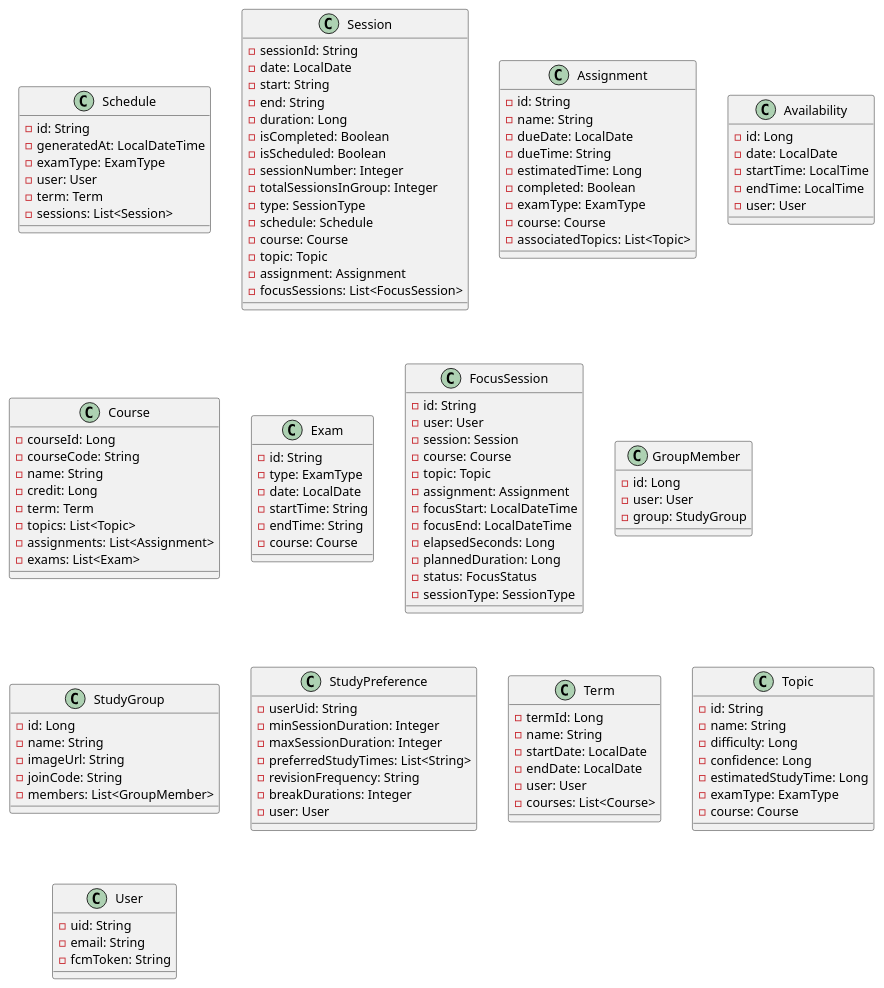
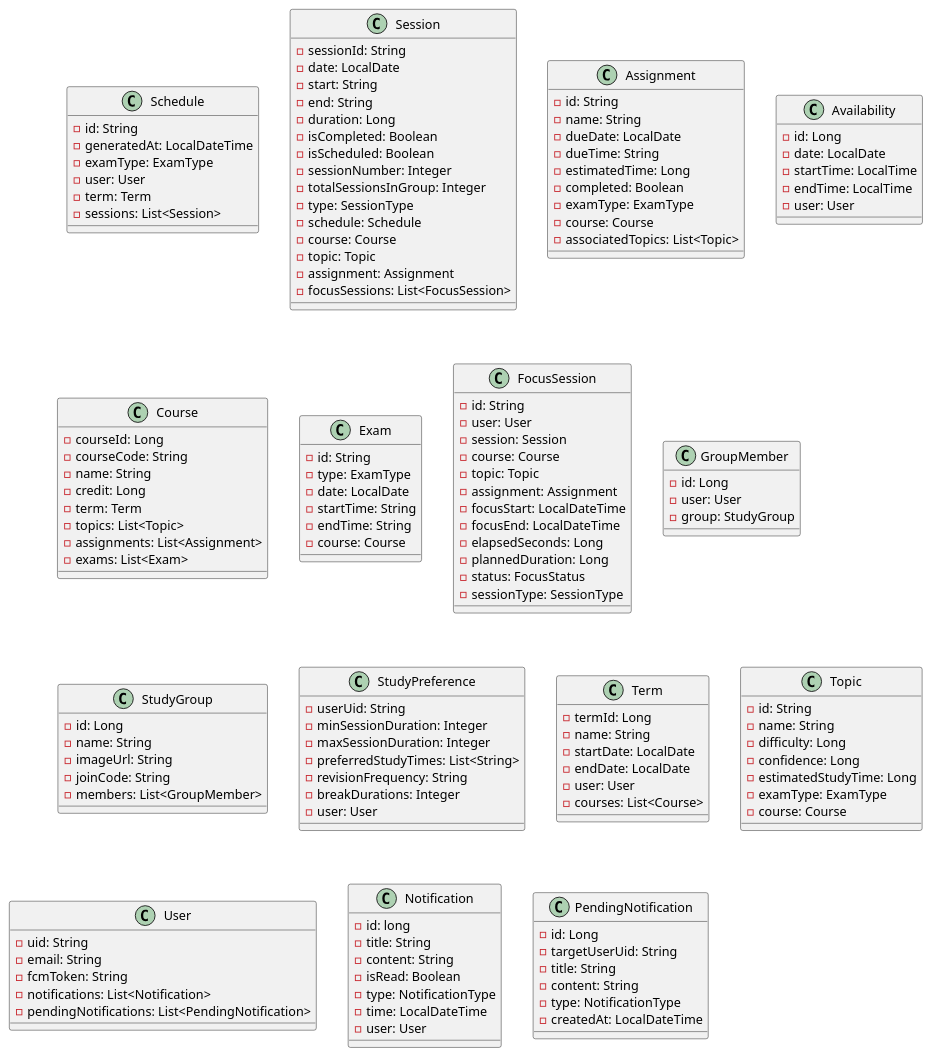
One commit to keerati5003/PlanMate-Diagram changed the diagram in entity.puml. Above: the diagram before and after it, drawn with PlantUML. The commit also changed 2 other files, not shown here.

```diff
--- a/entity.puml
+++ b/entity.puml
@@ -1,134 +1,155 @@
 @startuml
 
 class Schedule {
     - id: String
     - generatedAt: LocalDateTime
     - examType: ExamType
     - user: User
     - term: Term
     - sessions: List<Session>
 }
 
 class Session {
     - sessionId: String
     - date: LocalDate
     - start: String
     - end: String
     - duration: Long
     - isCompleted: Boolean
     - isScheduled: Boolean
     - sessionNumber: Integer
     - totalSessionsInGroup: Integer
     - type: SessionType
     - schedule: Schedule
     - course: Course
     - topic: Topic
     - assignment: Assignment
     - focusSessions: List<FocusSession>
 }
 
 class Assignment {
     - id: String
     - name: String
     - dueDate: LocalDate
     - dueTime: String
     - estimatedTime: Long
     - completed: Boolean
     - examType: ExamType
     - course: Course
     - associatedTopics: List<Topic>
 }
 
 class Availability {
     - id: Long
     - date: LocalDate
     - startTime: LocalTime
     - endTime: LocalTime
     - user: User
 }
 
 class Course {
     - courseId: Long
     - courseCode: String
     - name: String
     - credit: Long
     - term: Term
     - topics: List<Topic>
     - assignments: List<Assignment>
     - exams: List<Exam>
 }
 
 class Exam {
     - id: String
     - type: ExamType
     - date: LocalDate
     - startTime: String
     - endTime: String
     - course: Course
 }
 
 class FocusSession {
     - id: String
     - user: User
     - session: Session
     - course: Course
     - topic: Topic
     - assignment: Assignment
     - focusStart: LocalDateTime
     - focusEnd: LocalDateTime
     - elapsedSeconds: Long
     - plannedDuration: Long
     - status: FocusStatus
     - sessionType: SessionType
 }
 
 class GroupMember {
     - id: Long
     - user: User
     - group: StudyGroup
 }
 
 class StudyGroup {
     - id: Long
     - name: String
     - imageUrl: String
     - joinCode: String
     - members: List<GroupMember>
 }
 
 class StudyPreference {
     - userUid: String
     - minSessionDuration: Integer
     - maxSessionDuration: Integer
     - preferredStudyTimes: List<String>
     - revisionFrequency: String
     - breakDurations: Integer
     - user: User
 }
 
 class Term {
     - termId: Long
     - name: String
     - startDate: LocalDate
     - endDate: LocalDate
     - user: User
     - courses: List<Course>
 }
 
 class Topic {
     - id: String
     - name: String
     - difficulty: Long
     - confidence: Long
     - estimatedStudyTime: Long
     - examType: ExamType
     - course: Course
 }
 
 class User {
     - uid: String
     - email: String
     - fcmToken: String
+    - notifications: List<Notification>
+    - pendingNotifications: List<PendingNotification>
+}
+
+class Notification {
+    - id: long
+    - title: String
+    - content: String
+    - isRead: Boolean
+    - type: NotificationType
+    - time: LocalDateTime
+    - user: User
+}
+
+class PendingNotification {
+    - id: Long
+    - targetUserUid: String
+    - title: String
+    - content: String
+    - type: NotificationType
+    - createdAt: LocalDateTime
 }
 
 @enduml
```
